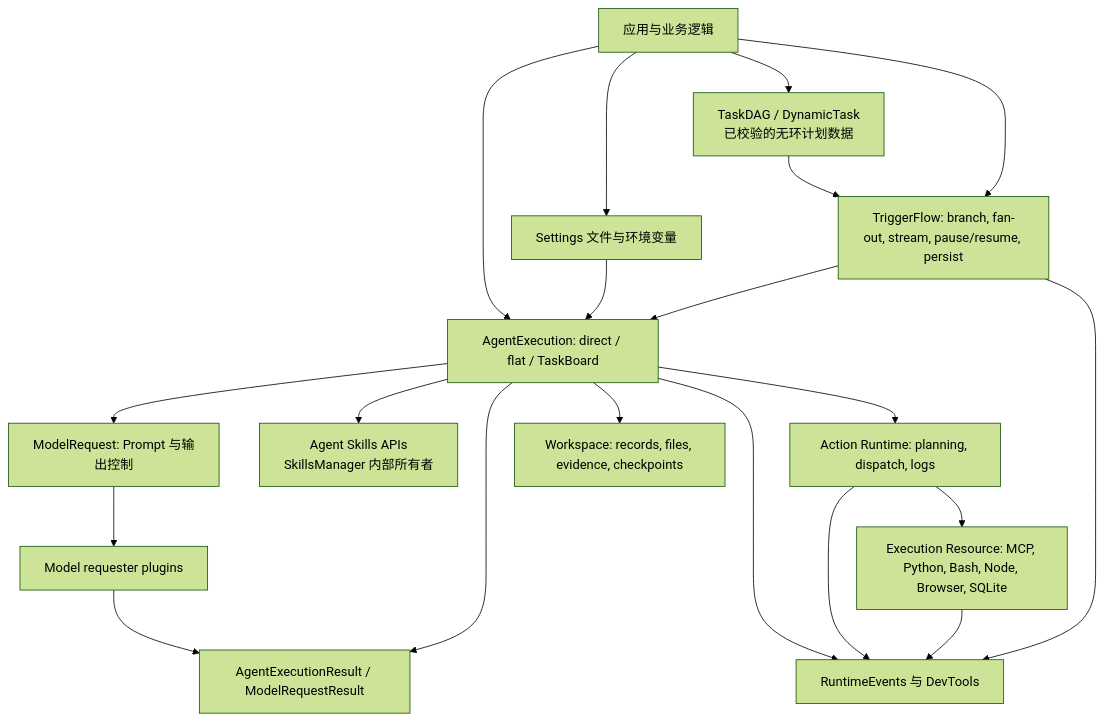
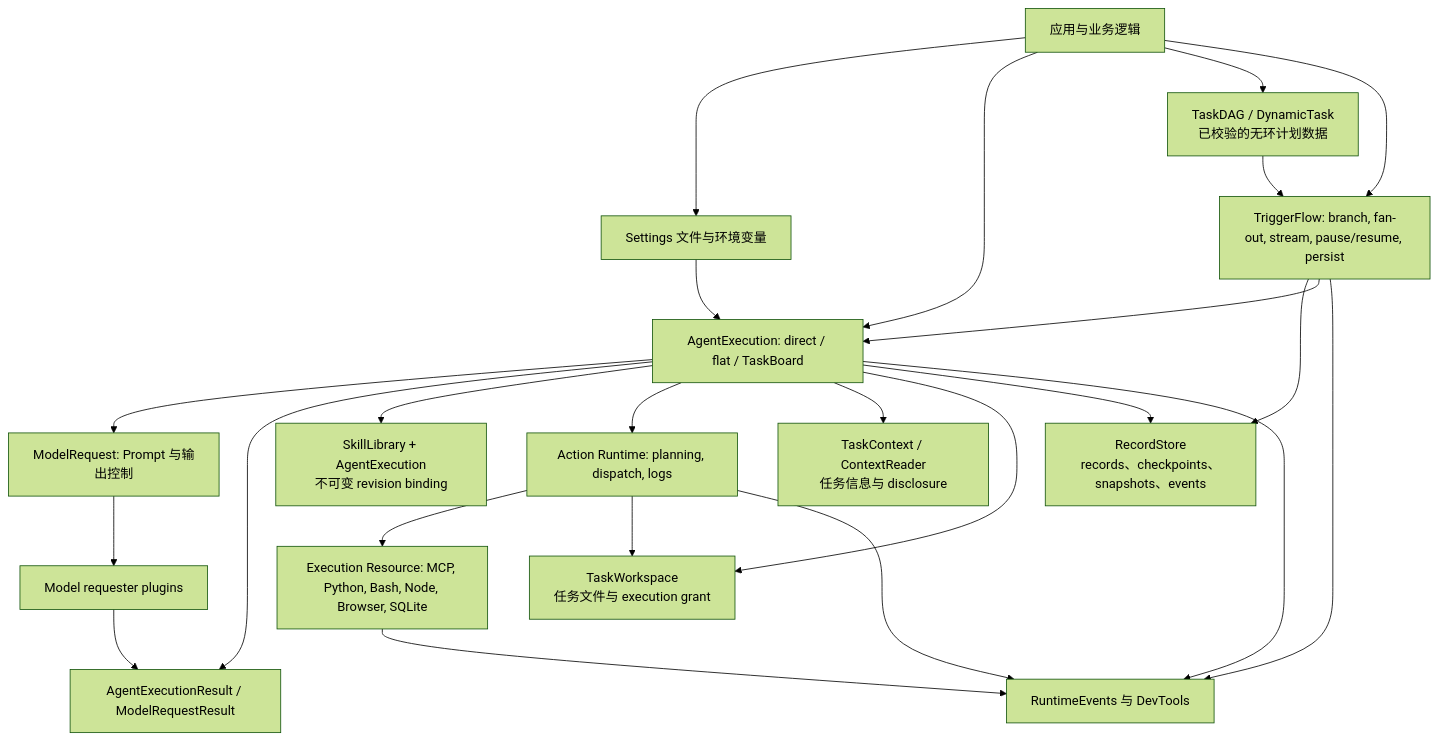
The first of 2 diagrams in README_CN.md (reconsumeralization/Agently), drawn with Mermaid (forest theme) before and after one commit. The commit also changed other lines of this file and 14 other files, not shown here.

````diff
--- a/README_CN.md
+++ b/README_CN.md
@@ -516,36 +515,42 @@
 ```mermaid
 graph TB
     App["应用与业务逻辑"]
     Settings["Settings 文件与环境变量"]
     Execution["AgentExecution: direct / flat / TaskBoard"]
     Request["ModelRequest: Prompt 与输出控制"]
     Model["Model requester plugins"]
     Result["AgentExecutionResult / ModelRequestResult"]
-    Skills["Agent Skills APIs\nSkillsManager 内部所有者"]
+    Skills["SkillLibrary + AgentExecution\n不可变 revision binding"]
     Action["Action Runtime: planning, dispatch, logs"]
     Env["Execution Resource: MCP, Python, Bash, Node, Browser, SQLite"]
-    Workspace["Workspace: records, files, evidence, checkpoints"]
+    Context["TaskContext / ContextReader\n任务信息与 disclosure"]
+    TaskFiles["TaskWorkspace\n任务文件与 execution grant"]
+    Records["RecordStore\nrecords、checkpoints、snapshots、events"]
     DAG["TaskDAG / DynamicTask\n已校验的无环计划数据"]
     Flow["TriggerFlow: branch, fan-out, stream, pause/resume, persist"]
     Observe["RuntimeEvents 与 DevTools"]
 
     App --> Settings
     App --> Execution
     Settings --> Execution
     Execution --> Request
     Request --> Model
     Model --> Result
     Execution --> Result
     Execution --> Skills
     Execution --> Action
-    Execution --> Workspace
+    Execution --> Context
+    Execution --> TaskFiles
+    Execution --> Records
     Action --> Env
+    Action --> TaskFiles
     App --> DAG
     DAG --> Flow
     App --> Flow
+    Flow --> Records
     Flow --> Execution
     Execution --> Observe
     Action --> Observe
     Env --> Observe
     Flow --> Observe
 ```
````
